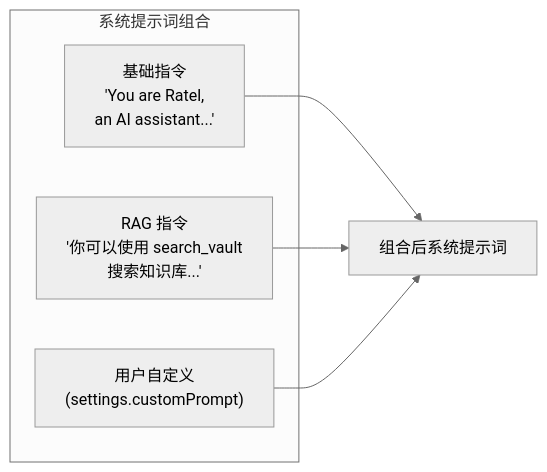
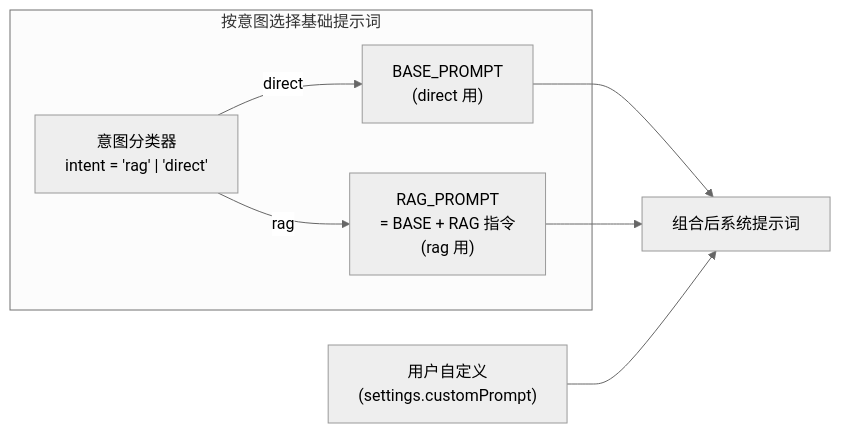
One commit to golddream-y/obsidian-ratel changed the second of 4 diagrams in docs/architecture/agent/context-manager.md. Above: the diagram before and after it, drawn with Mermaid (neutral theme). The commit also changed other lines of this file and 14 other files, not shown here.

````diff
--- a/docs/architecture/agent/context-manager.md
+++ b/docs/architecture/agent/context-manager.md
@@ -117,12 +117,14 @@
 ```mermaid
 graph LR
-    subgraph "系统提示词组合"
-        BASE["基础指令<br/>'You are Ratel,<br/>an AI assistant...'"]
-        RAG["RAG 指令<br/>'你可以使用 search_vault<br/>搜索知识库...'"]
-        CUSTOM["用户自定义<br/>(settings.customPrompt)"]
+    subgraph "按意图选择基础提示词"
+        INTENT["意图分类器<br/>intent = 'rag' | 'direct'"]
+        BASE["BASE_PROMPT<br/>(direct 用)"]
+        RAG["RAG_PROMPT<br/>= BASE + RAG 指令<br/>(rag 用)"]
     end
 
+    INTENT -->|"direct"| BASE
+    INTENT -->|"rag"| RAG
     BASE --> COMBINED["组合后系统提示词"]
     RAG --> COMBINED
-    CUSTOM --> COMBINED
+    CUSTOM["用户自定义<br/>(settings.customPrompt)"] --> COMBINED
 ```
````
